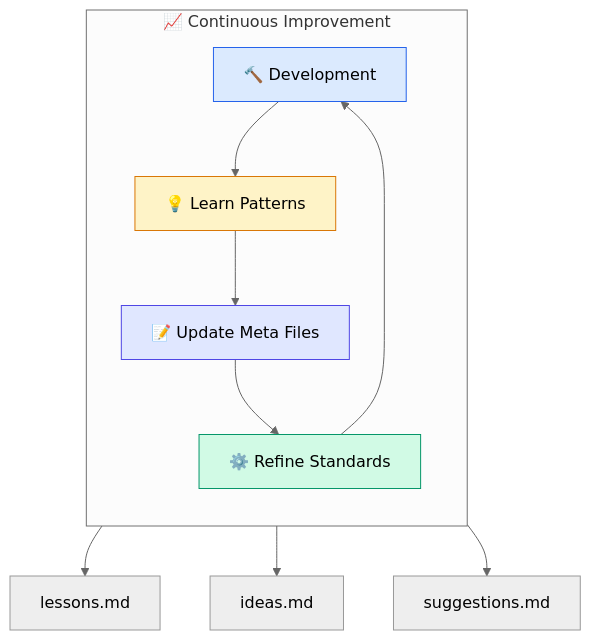
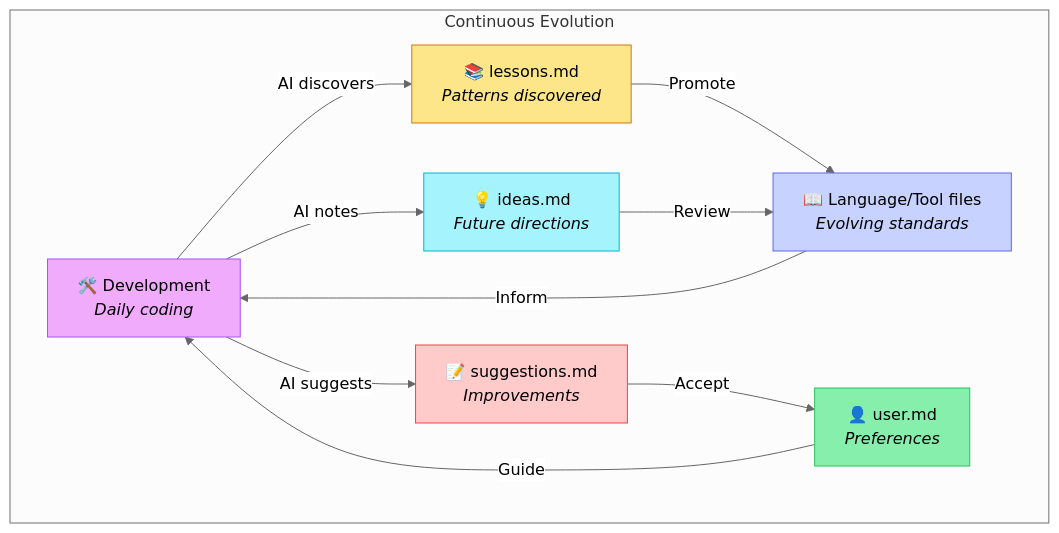
Before and after one commit to visionik/deft: the second of 8 diagrams in README.md, drawn with Mermaid (neutral theme). The commit also changed other lines of this file, not shown here.

First line of the commit message:
docs: add Mermaid diagrams to README for visual explanations

````diff
--- a/README.md
+++ b/README.md
@@ -246,19 +249,27 @@
 ```mermaid
-flowchart TB
-    subgraph Evolution ["📈 Continuous Improvement"]
-        direction TB
-        DEV["🔨 Development"] --> LEARN["💡 Learn Patterns"]
-        LEARN --> META["📝 Update Meta Files"]
-        META --> REFINE["⚙️ Refine Standards"]
-        REFINE --> DEV
+flowchart TD
+    subgraph evolution ["Continuous Evolution"]
+        DEV["🛠️ Development<br/><i>Daily coding</i>"]
+        LEARN["📚 lessons.md<br/><i>Patterns discovered</i>"]
+        IDEAS["💡 ideas.md<br/><i>Future directions</i>"]
+        SUGGEST["📝 suggestions.md<br/><i>Improvements</i>"]
+        USER["👤 user.md<br/><i>Preferences</i>"]
+        STANDARDS["📖 Language/Tool files<br/><i>Evolving standards</i>"]
     end
-    
-    META --> L["lessons.md"]
-    META --> I["ideas.md"]
-    META --> S["suggestions.md"]
-    
-    style DEV fill:#dbeafe,stroke:#2563eb
-    style LEARN fill:#fef3c7,stroke:#d97706
-    style META fill:#e0e7ff,stroke:#4f46e5
-    style REFINE fill:#d1fae5,stroke:#059669
+
+    DEV -->|"AI discovers"| LEARN
+    DEV -->|"AI notes"| IDEAS
+    DEV -->|"AI suggests"| SUGGEST
+    LEARN -->|"Promote"| STANDARDS
+    IDEAS -->|"Review"| STANDARDS
+    SUGGEST -->|"Accept"| USER
+    STANDARDS -->|"Inform"| DEV
+    USER -->|"Guide"| DEV
+
+    style DEV fill:#f0abfc,stroke:#a855f7,color:#000
+    style LEARN fill:#fde68a,stroke:#d97706,color:#000
+    style IDEAS fill:#a5f3fc,stroke:#06b6d4,color:#000
+    style SUGGEST fill:#fecaca,stroke:#ef4444,color:#000
+    style USER fill:#86efac,stroke:#22c55e,color:#000
+    style STANDARDS fill:#c7d2fe,stroke:#6366f1,color:#000
 ```
````
